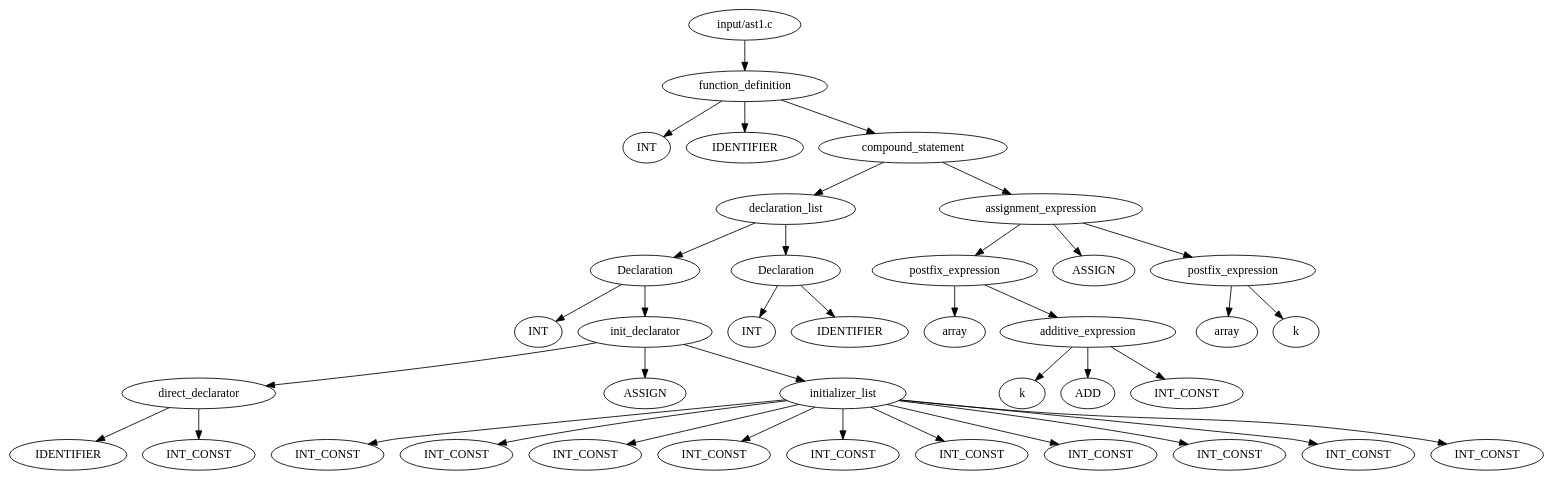
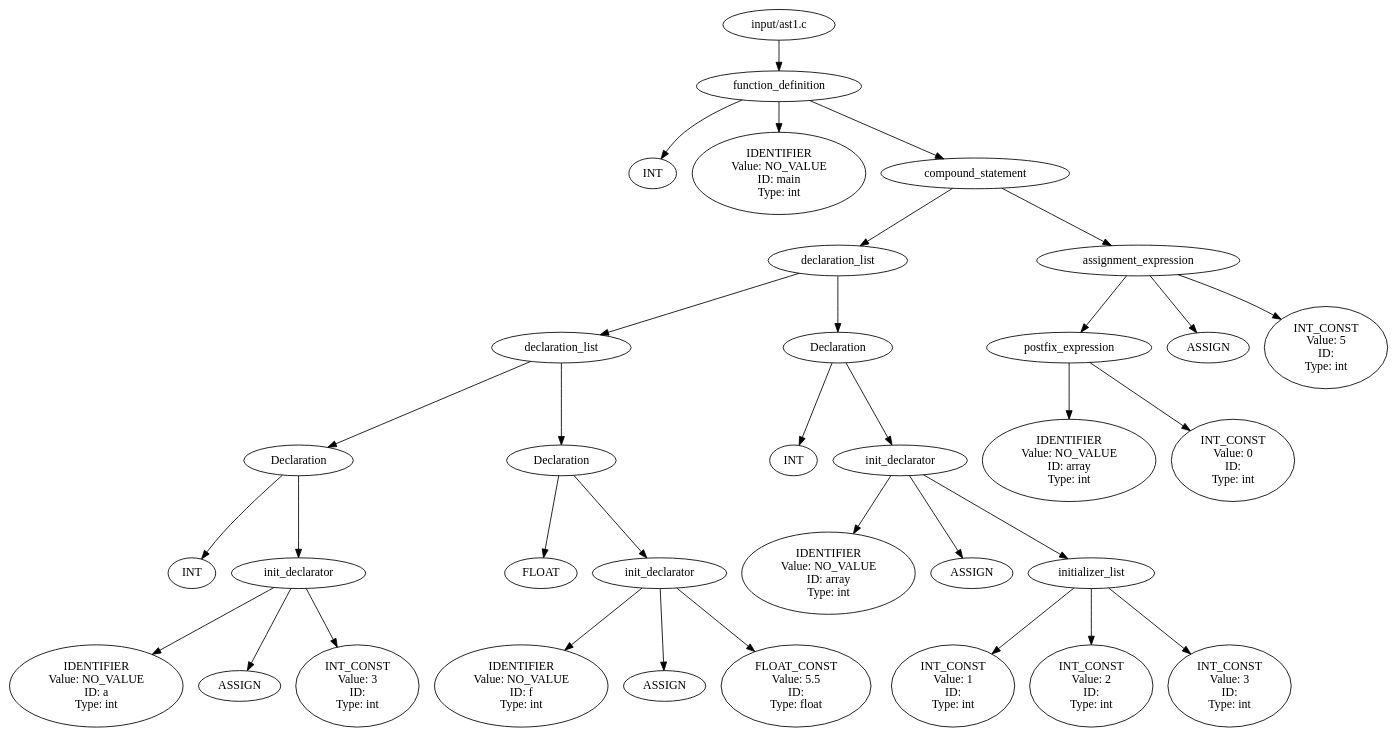
The diagram in bgp/output/treeOut.dot (matthewbeck1998/bgp), drawn with Graphviz before and after one commit. The commit also changed 5 other files, not shown here.

```diff
--- a/bgp/output/treeOut.dot
+++ b/bgp/output/treeOut.dot
@@ -1,77 +1,105 @@
 digraph G {
 0[label = "input/ast1.c"];
-0 -> 40
-40[label = "function_definition"];
-40 -> 1
+0 -> 33
+33[label = "function_definition"];
+33 -> 1
 1[label = "INT"];
-40 -> 3
-3[label = "IDENTIFIER"];
-40 -> 39
-39[label = "compound_statement"];
-39 -> 27
-27[label = "declaration_list"];
-27 -> 22
-22[label = "Declaration"];
-22 -> 4
-4[label = "INT"];
-22 -> 20
-20[label = "init_declarator"];
-20 -> 8
-8[label = "direct_declarator"];
+33 -> 2
+2[label = "IDENTIFIER
+Value: NO_VALUE
+ID: main
+Type: int"];
+33 -> 32
+32[label = "compound_statement"];
+32 -> 25
+25[label = "declaration_list"];
+25 -> 15
+15[label = "declaration_list"];
+15 -> 8
+8[label = "Declaration"];
+8 -> 3
+3[label = "INT"];
 8 -> 6
-6[label = "IDENTIFIER"];
-8 -> 7
-7[label = "INT_CONST"];
-20 -> 21
-21[label = "ASSIGN"];
-20 -> 10
-10[label = "initializer_list"];
-10 -> 9
-9[label = "INT_CONST"];
-10 -> 11
-11[label = "INT_CONST"];
-10 -> 12
-12[label = "INT_CONST"];
-10 -> 13
-13[label = "INT_CONST"];
-10 -> 14
-14[label = "INT_CONST"];
-10 -> 15
-15[label = "INT_CONST"];
-10 -> 16
-16[label = "INT_CONST"];
-10 -> 17
-17[label = "INT_CONST"];
-10 -> 18
-18[label = "INT_CONST"];
-10 -> 19
-19[label = "INT_CONST"];
-27 -> 26
-26[label = "Declaration"];
-26 -> 23
-23[label = "INT"];
-26 -> 25
-25[label = "IDENTIFIER"];
-39 -> 38
-38[label = "assignment_expression"];
-38 -> 33
-33[label = "postfix_expression"];
-33 -> 28
-28[label = "array"];
-33 -> 31
-31[label = "additive_expression"];
+6[label = "init_declarator"];
+6 -> 4
+4[label = "IDENTIFIER
+Value: NO_VALUE
+ID: a
+Type: int"];
+6 -> 7
+7[label = "ASSIGN"];
+6 -> 5
+5[label = "INT_CONST
+Value: 3
+ID: 
+Type: int"];
+15 -> 14
+14[label = "Declaration"];
+14 -> 9
+9[label = "FLOAT"];
+14 -> 12
+12[label = "init_declarator"];
+12 -> 10
+10[label = "IDENTIFIER
+Value: NO_VALUE
+ID: f
+Type: int"];
+12 -> 13
+13[label = "ASSIGN"];
+12 -> 11
+11[label = "FLOAT_CONST
+Value: 5.5
+ID: 
+Type: float"];
+25 -> 24
+24[label = "Declaration"];
+24 -> 16
+16[label = "INT"];
+24 -> 22
+22[label = "init_declarator"];
+22 -> 17
+17[label = "IDENTIFIER
+Value: NO_VALUE
+ID: array
+Type: int"];
+22 -> 23
+23[label = "ASSIGN"];
+22 -> 19
+19[label = "initializer_list"];
+19 -> 18
+18[label = "INT_CONST
+Value: 1
+ID: 
+Type: int"];
+19 -> 20
+20[label = "INT_CONST
+Value: 2
+ID: 
+Type: int"];
+19 -> 21
+21[label = "INT_CONST
+Value: 3
+ID: 
+Type: int"];
+32 -> 31
+31[label = "assignment_expression"];
+31 -> 28
+28[label = "postfix_expression"];
+28 -> 26
+26[label = "IDENTIFIER
+Value: NO_VALUE
+ID: array
+Type: int"];
+28 -> 27
+27[label = "INT_CONST
+Value: 0
+ID: 
+Type: int"];
 31 -> 29
-29[label = "k"];
-31 -> 32
-32[label = "ADD"];
+29[label = "ASSIGN"];
 31 -> 30
-30[label = "INT_CONST"];
-38 -> 34
-34[label = "ASSIGN"];
-38 -> 37
-37[label = "postfix_expression"];
-37 -> 35
-35[label = "array"];
-37 -> 36
-36[label = "k"];
+30[label = "INT_CONST
+Value: 5
+ID: 
+Type: int"];
 }
```
